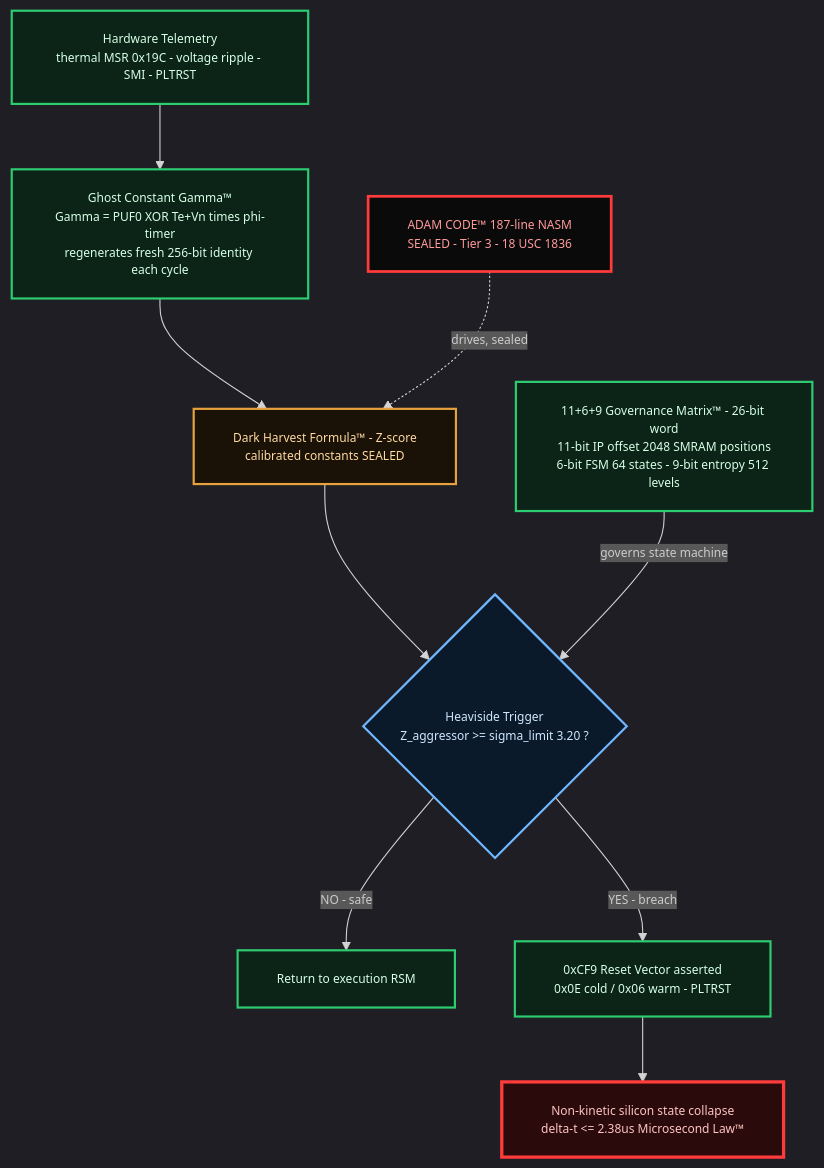
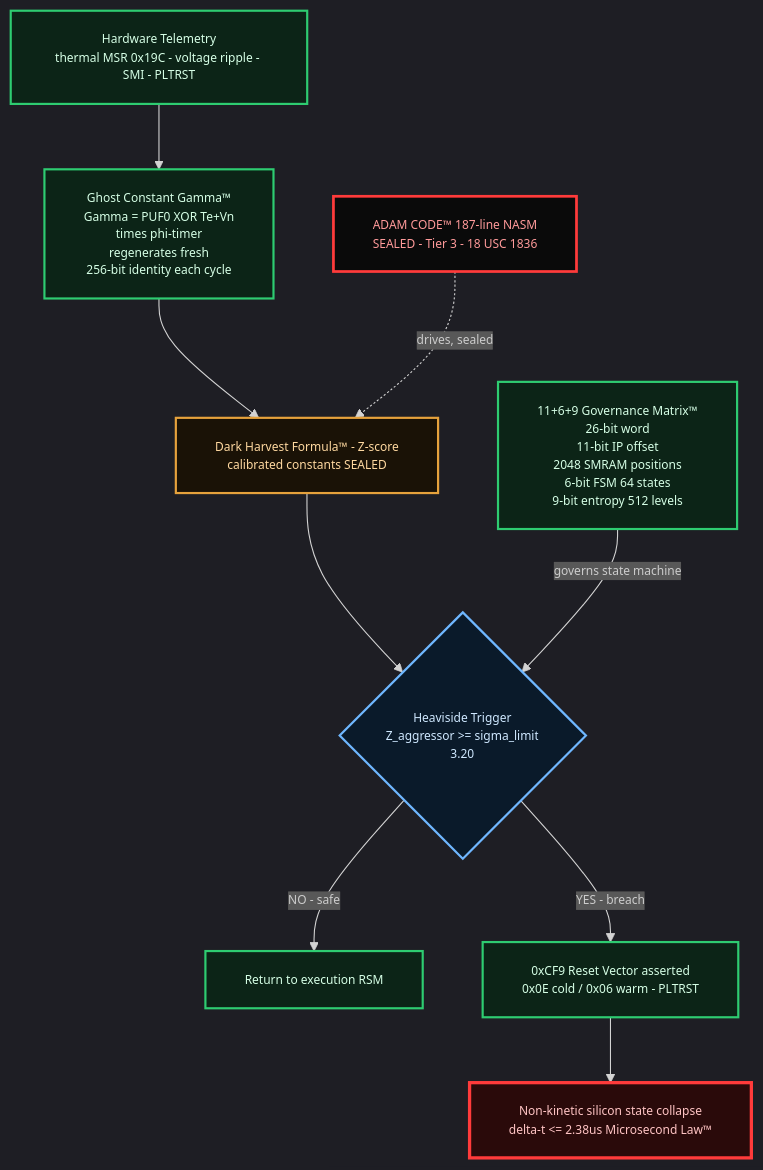
One commit to theghostinthecode-eng/The-Ghost-in-the-Code-HDAA-Substrate changed the third of 4 diagrams in docs/HDAA_FRAMEWORK.md. Above: the diagram before and after it, drawn with Mermaid. The commit also changed other lines of this file, not shown here.

````diff
--- a/docs/HDAA_FRAMEWORK.md
+++ b/docs/HDAA_FRAMEWORK.md
@@ -94,34 +94,34 @@
 ```mermaid
 %%{init: {"theme":"dark", "themeVariables": {"fontSize":"11px"}, "flowchart": {"nodeSpacing":55, "rankSpacing":60, "padding":18, "useMaxWidth":true, "htmlLabels":true, "wrap":true}}}%%
 flowchart TD
     T["Hardware Telemetry<br>thermal MSR 0x19C - voltage ripple - SMI - PLTRST"]
-    GAMMA["Ghost Constant Gamma™<br>Gamma = PUF0 XOR Te+Vn times phi-timer<br>regenerates fresh 256-bit identity each cycle"]
+    GAMMA["Ghost Constant Gamma™<br>Gamma = PUF0 XOR Te+Vn<br>times phi-timer<br>regenerates fresh<br>256-bit identity each cycle"]
     DH["Dark Harvest Formula™ - Z-score<br>calibrated constants SEALED"]
-    HV{"Heaviside Trigger<br>Z_aggressor >= sigma_limit 3.20 ?"}
+    HV{"Heaviside Trigger<br>Z_aggressor >= sigma_limit<br>3.20"}
     RET["Return to execution RSM"]
     KILL["0xCF9 Reset Vector asserted<br>0x0E cold / 0x06 warm - PLTRST"]
     COLLAPSE["Non-kinetic silicon state collapse<br>delta-t <= 2.38us Microsecond Law™"]
     ADAM["ADAM CODE™ 187-line NASM<br>SEALED - Tier 3 - 18 USC 1836"]
-    GOV["11+6+9 Governance Matrix™ - 26-bit word<br>11-bit IP offset 2048 SMRAM positions<br>6-bit FSM 64 states - 9-bit entropy 512 levels"]
+    GOV["11+6+9 Governance Matrix™<br>26-bit word<br>11-bit IP offset<br>2048 SMRAM positions<br>6-bit FSM 64 states<br>9-bit entropy 512 levels"]
 
     T --> GAMMA
     GAMMA --> DH
     DH --> HV
     HV -->|"NO - safe"| RET
     HV -->|"YES - breach"| KILL
     KILL --> COLLAPSE
     ADAM -.->|"drives, sealed"| DH
     GOV -->|"governs state machine"| HV
 
     classDef open fill:#0c2417,stroke:#2ecc71,stroke-width:2px,color:#d6ffe6;
     classDef lock fill:#0a0a0a,stroke:#ff3b3b,stroke-width:2.5px,color:#ff9a9a;
     classDef halflock fill:#1a1206,stroke:#e6a23c,stroke-width:2px,color:#ffd9a0;
     classDef struct fill:#0a1a2a,stroke:#6fb7ff,stroke-width:2px,color:#cfe8ff;
     classDef collapse fill:#2a0a0a,stroke:#ff3b3b,stroke-width:3px,color:#ffc4c4;
 
     class T,GAMMA,RET,KILL,GOV open;
     class DH halflock;
     class HV struct;
     class ADAM lock;
     class COLLAPSE collapse;
 ```
````
